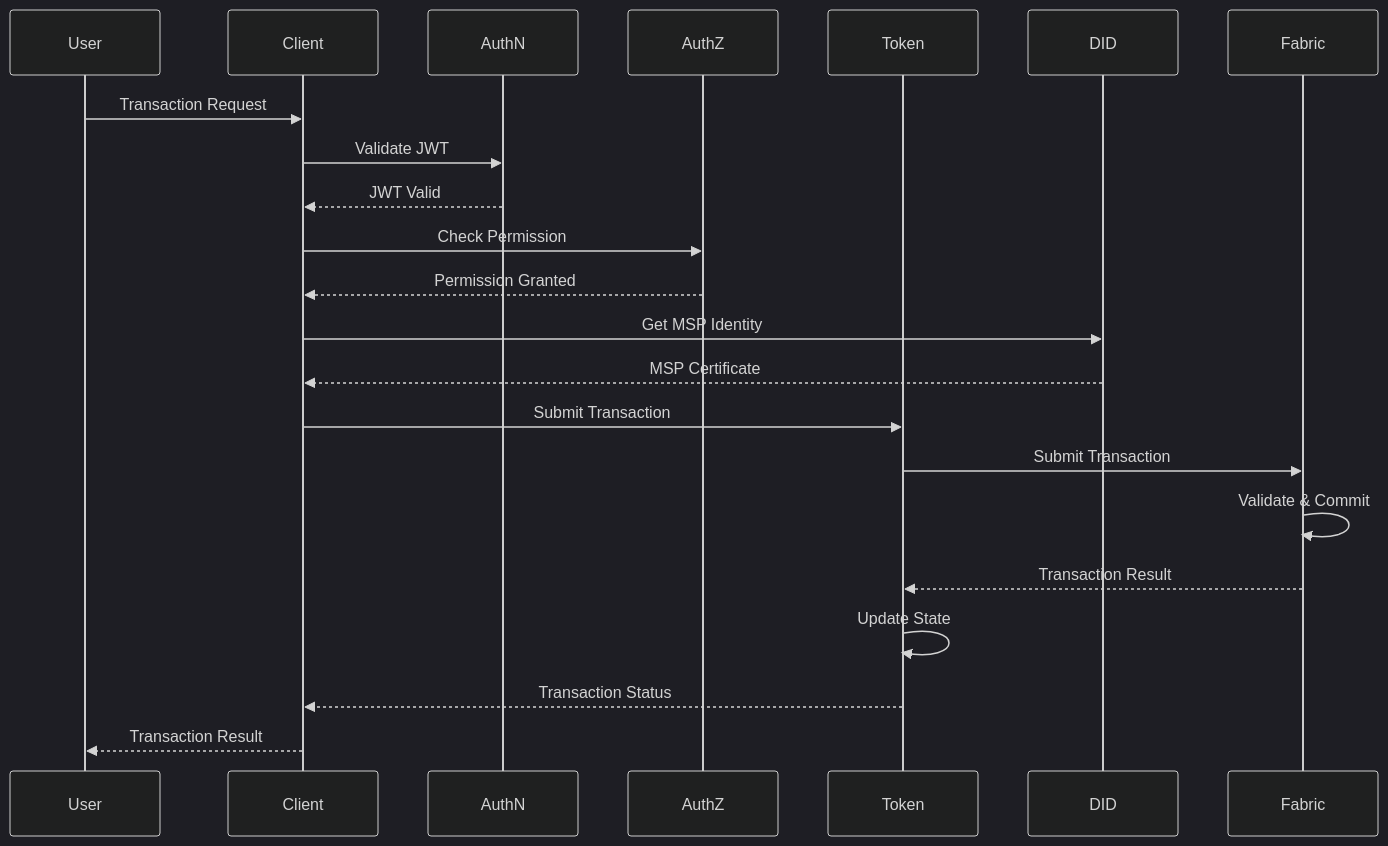
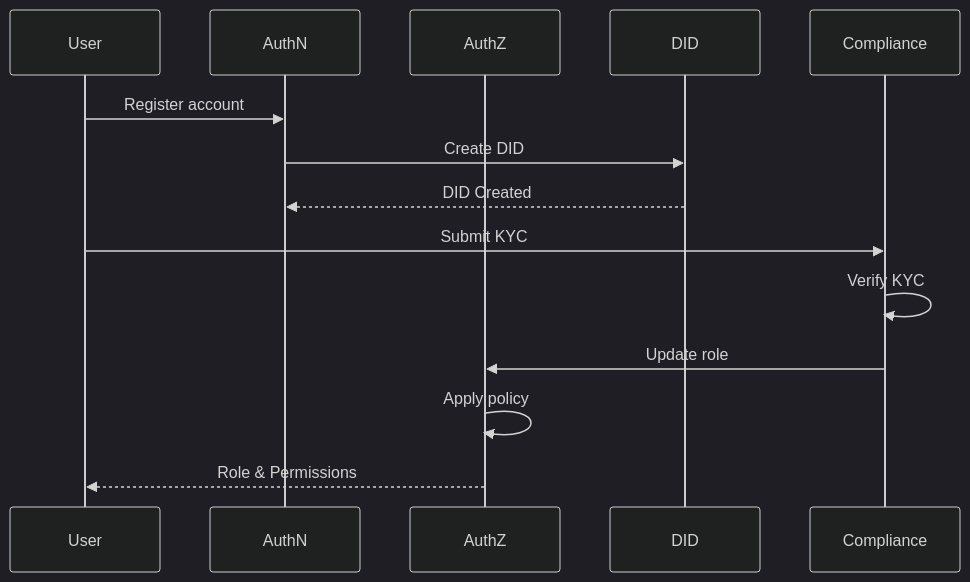
Before and after one commit to metafi-blockchain/metafi-digital-assets-service: the second of 4 diagrams in docs/rd.en.md, drawn with Mermaid (dark theme). The commit also changed other lines of this file and 1 other file, not shown here.

````diff
--- a/docs/rd.en.md
+++ b/docs/rd.en.md
@@ -153,29 +451,19 @@
 ```mermaid
 sequenceDiagram
     participant User
-    participant Client
     participant AuthN
     participant AuthZ
-    participant Token
     participant DID
-    participant Fabric
+    participant Compliance
     
-    User->>Client: Transaction Request
-    Client->>AuthN: Validate JWT
-    AuthN-->>Client: JWT Valid
+    User->>AuthN: Register account
+    AuthN->>DID: Create DID
+    DID-->>AuthN: DID Created
     
-    Client->>AuthZ: Check Permission
-    AuthZ-->>Client: Permission Granted
+    User->>Compliance: Submit KYC
+    Compliance->>Compliance: Verify KYC
+    Compliance->>AuthZ: Update role
     
-    Client->>DID: Get MSP Identity
-    DID-->>Client: MSP Certificate
-    
-    Client->>Token: Submit Transaction
-    Token->>Fabric: Submit Transaction
-    Fabric->>Fabric: Validate & Commit
-    Fabric-->>Token: Transaction Result
-    
-    Token->>Token: Update State
-    Token-->>Client: Transaction Status
-    Client-->>User: Transaction Result
+    AuthZ->>AuthZ: Apply policy
+    AuthZ-->>User: Role & Permissions
 ```
````
